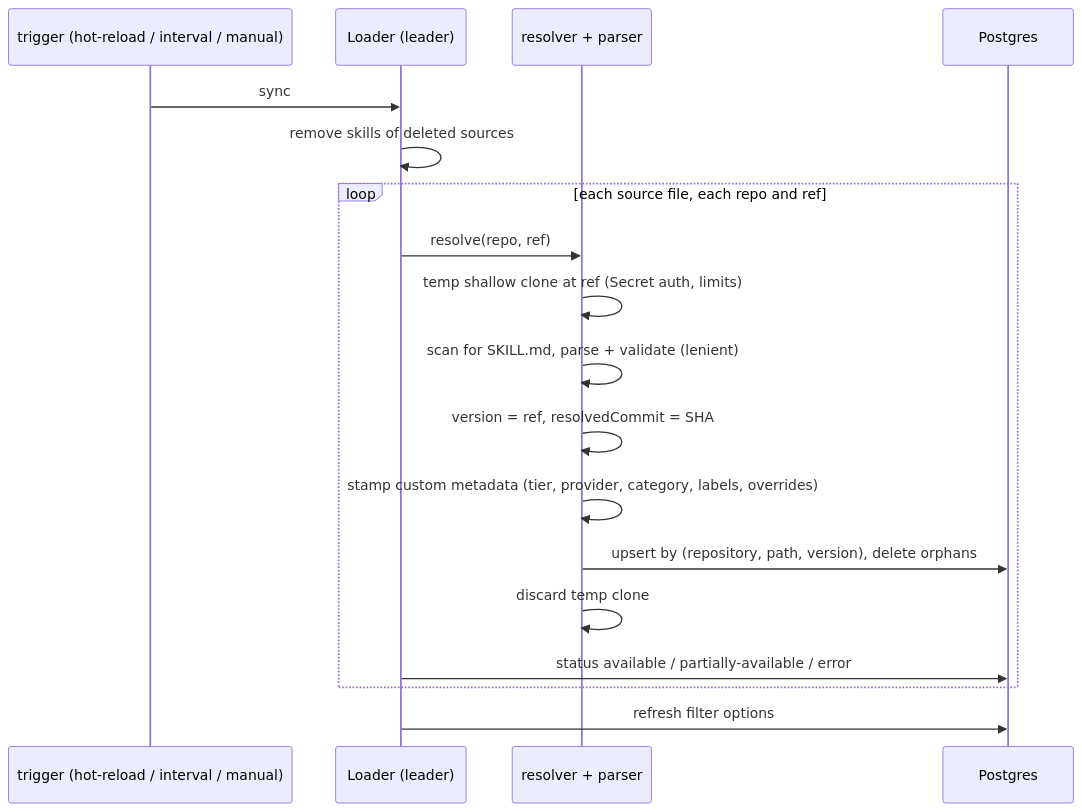
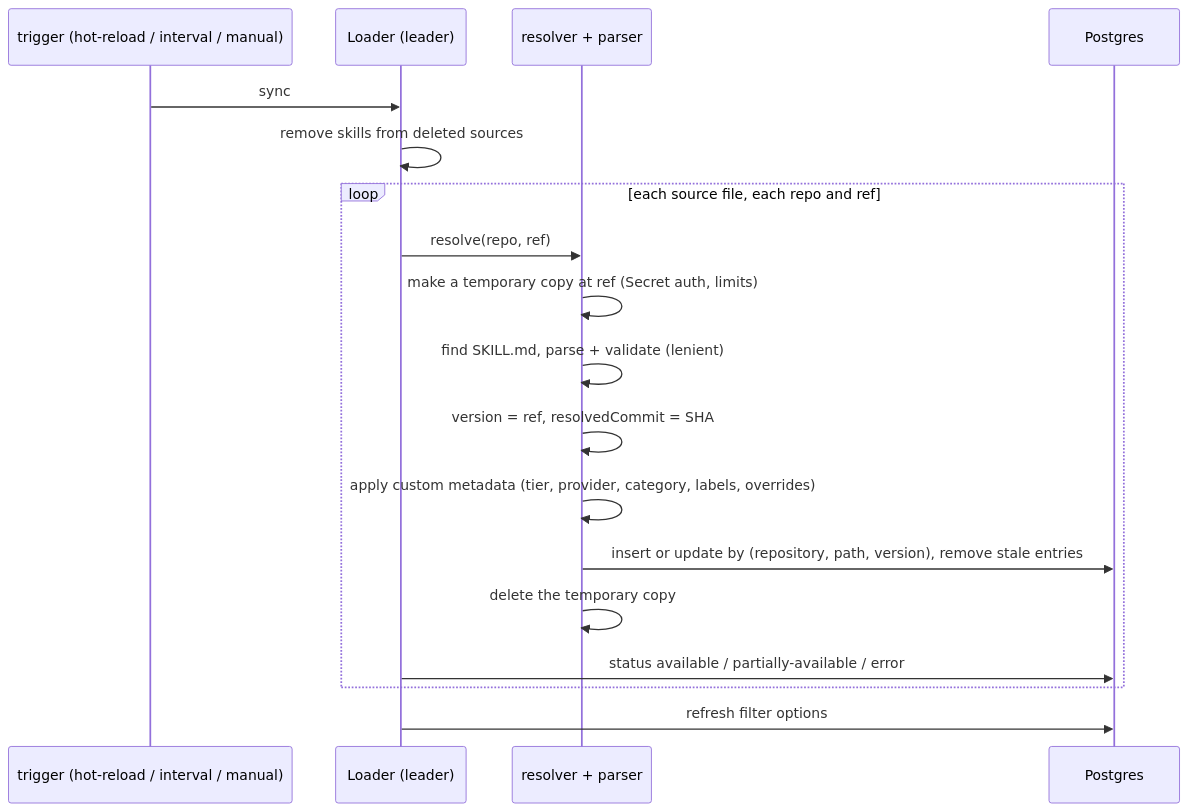
The fourth of 7 diagrams in proposals/KEP-0005-skills-catalog/skill-catalog-architecture.md (kubeflow/hub), drawn with Mermaid before and after one commit. The commit also changed other lines of this file and 1 other file, not shown here.

````diff
--- a/proposals/KEP-0005-skills-catalog/skill-catalog-architecture.md
+++ b/proposals/KEP-0005-skills-catalog/skill-catalog-architecture.md
@@ -66,20 +66,20 @@
 ```mermaid
 sequenceDiagram
     participant C as trigger (hot-reload / interval / manual)
     participant L as Loader (leader)
     participant R as resolver + parser
     participant DB as Postgres
     C->>L: sync
-    L->>L: remove skills of deleted sources
+    L->>L: remove skills from deleted sources
     loop each source file, each repo and ref
         L->>R: resolve(repo, ref)
-        R->>R: temp shallow clone at ref (Secret auth, limits)
-        R->>R: scan for SKILL.md, parse + validate (lenient)
+        R->>R: make a temporary copy at ref (Secret auth, limits)
+        R->>R: find SKILL.md, parse + validate (lenient)
         R->>R: version = ref, resolvedCommit = SHA
-        R->>R: stamp custom metadata (tier, provider, category, labels, overrides)
-        R->>DB: upsert by (repository, path, version), delete orphans
-        R->>R: discard temp clone
+        R->>R: apply custom metadata (tier, provider, category, labels, overrides)
+        R->>DB: insert or update by (repository, path, version), remove stale entries
+        R->>R: delete the temporary copy
         L->>DB: status available / partially-available / error
     end
     L->>DB: refresh filter options
 ```
````
